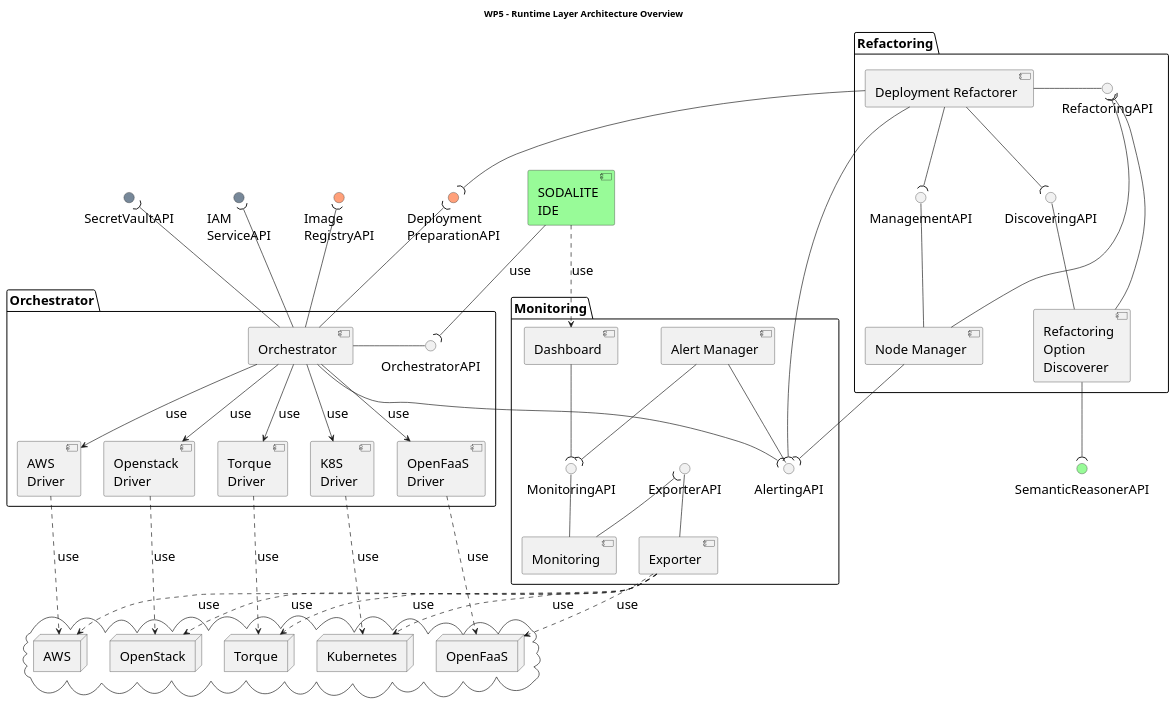
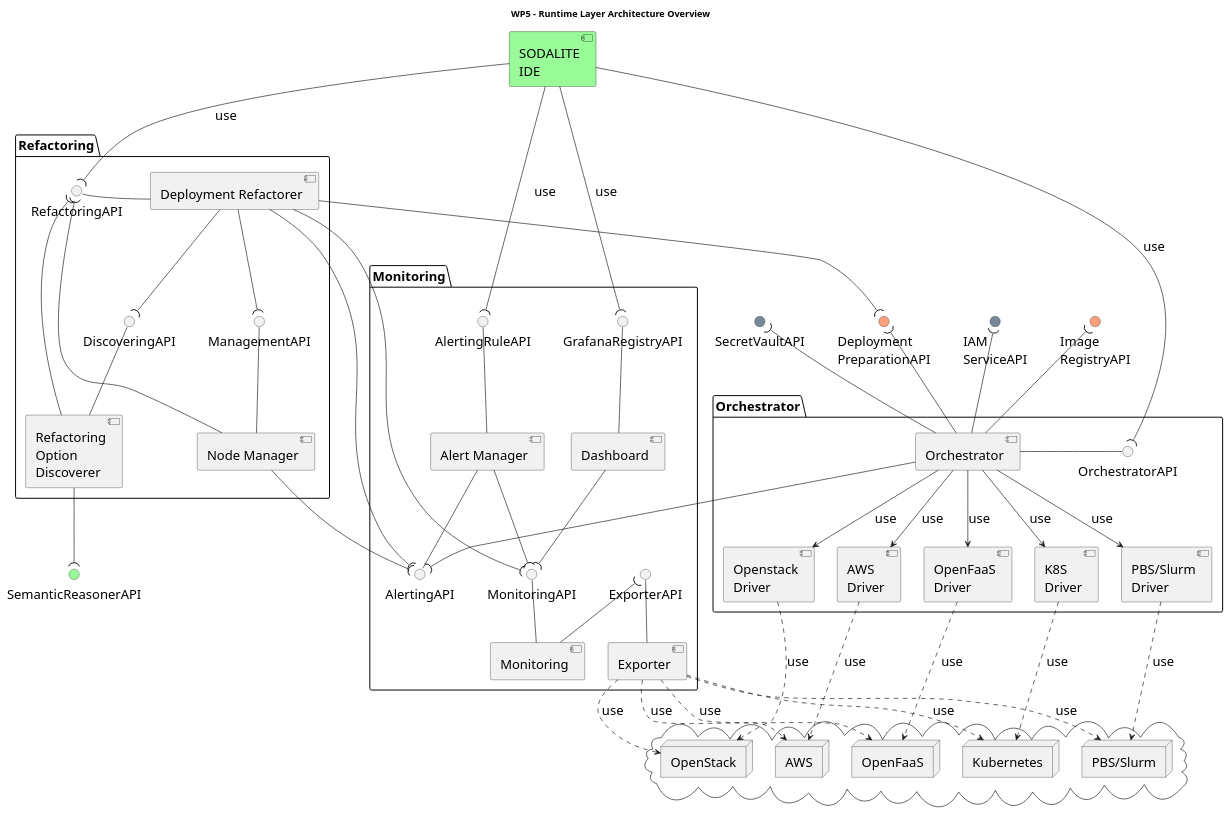
The diagram in uml/component-diagrams/CD-WP5-ArchitectureOverview.puml (SODALITE-EU/project-wide-documentation), drawn with PlantUML before and after one commit. The commit also changed 1 other file, not shown here.

Commit message:
d2.3: changes in WP5 general architecture

```diff
--- a/uml/component-diagrams/CD-WP5-ArchitectureOverview.puml
+++ b/uml/component-diagrams/CD-WP5-ArchitectureOverview.puml
@@ -1,110 +1,117 @@
 @startuml
 
 title WP5 - Runtime Layer Architecture Overview
 
 skinparam fixCircleLabelOverlapping true 
 skinparam defaultFontSize 20
 
 [SODALITE\nIDE] as ide #PaleGreen
 interface "SemanticReasonerAPI" as sem #PaleGreen
 
 package "Orchestrator" as orch {
     component [Orchestrator] as orch_impl
     interface "OrchestratorAPI" as orch_if
     component [Openstack\nDriver] as os_driver
     component [K8S\nDriver] as k8s_driver
-    component [Torque\nDriver] as torque_driver
+    component [PBS/Slurm\nDriver] as torque_driver
     component [OpenFaaS\nDriver] as faas_driver
     component [AWS\nDriver] as aws_driver
     orch_impl - orch_if
 }
 
 package "Monitoring" as mon {
     [Monitoring] as mon_impl
     () "MonitoringAPI" as mon_if
     [Dashboard] as dash
+    () "GrafanaRegistryAPI" as grafana_if
     [Exporter] as exp
     () "ExporterAPI" as exp_if
     [Alert Manager] as alert_mngr
     () "AlertingAPI"  as alert_if
+    () "AlertingRuleAPI" as alert_rule_if
     mon_impl -u- mon_if
     exp -u- exp_if
     alert_mngr -d- alert_if
+    alert_mngr -u- alert_rule_if
+    dash -u- grafana_if
 }
 
 package "Refactoring" as refactor {
     interface "RefactoringAPI" as ref_if
     interface "DiscoveringAPI" as dis_if
     interface "ManagementAPI" as mng_if
     component [Deployment Refactorer] as ref_depl
     component [Refactoring\nOption\nDiscoverer] as ref_opt
     component [Node Manager] as ref_node
     dis_if -d- ref_opt
     mng_if -d- ref_node
     ref_if - ref_depl
 }
 
 cloud {
     node OpenStack
     node Kubernetes as K8S
-    node Torque
+    node "PBS/Slurm" as PBS
     node OpenFaaS
     node AWS
 }
 
 'WP4 APIs
 interface "Deployment\nPreparationAPI" as depl_prep #LightSalmon
 interface "Image\nRegistryAPI" as image_reg #LightSalmon
 
 'Security APIs
 interface "IAM\nServiceAPI" as IAMApi #LightSlateGrey
 interface "SecretVaultAPI" as VaultAPI #LightSlateGrey
 
 
 
 'Monitoring
 mon_impl -u-( exp_if
 dash --( mon_if
 alert_mngr --( mon_if
 
 
 'Refactoring
 ref_opt --( ref_if
 ref_node --( ref_if
 ref_opt --( sem
 
 ref_depl --( mng_if
 ref_depl --( dis_if
 ref_depl --( depl_prep
 
 ref_node --( alert_if
 ref_depl --( alert_if
+ref_depl --( mon_if
 orch_impl --( alert_if
 
 
 orch_impl --> os_driver : use
 orch_impl --> k8s_driver : use
 orch_impl --> torque_driver : use
 orch_impl --> aws_driver : use
 orch_impl --> faas_driver : use
 
 orch_impl -u-( depl_prep
 orch_impl -u-( image_reg
 orch_impl -u-( IAMApi
 orch_impl -u-( VaultAPI
 
 os_driver ..> OpenStack : use
 k8s_driver ..> K8S : use
 faas_driver ..> OpenFaaS : use
 aws_driver ..> AWS : use
-torque_driver ..> Torque : use
+torque_driver ..> PBS : use
 
 exp .d.> OpenStack : use
 exp .d.> K8S : use
-exp .d.> Torque : use
+exp .d.> PBS : use
 exp .d.> OpenFaaS : use
 exp .d.> AWS : use
 
 ide --( orch_if : use
-ide ..> dash : use
+ide --( grafana_if : use
+ide --( alert_rule_if : use
+ide --( ref_if : use
 @enduml
```
